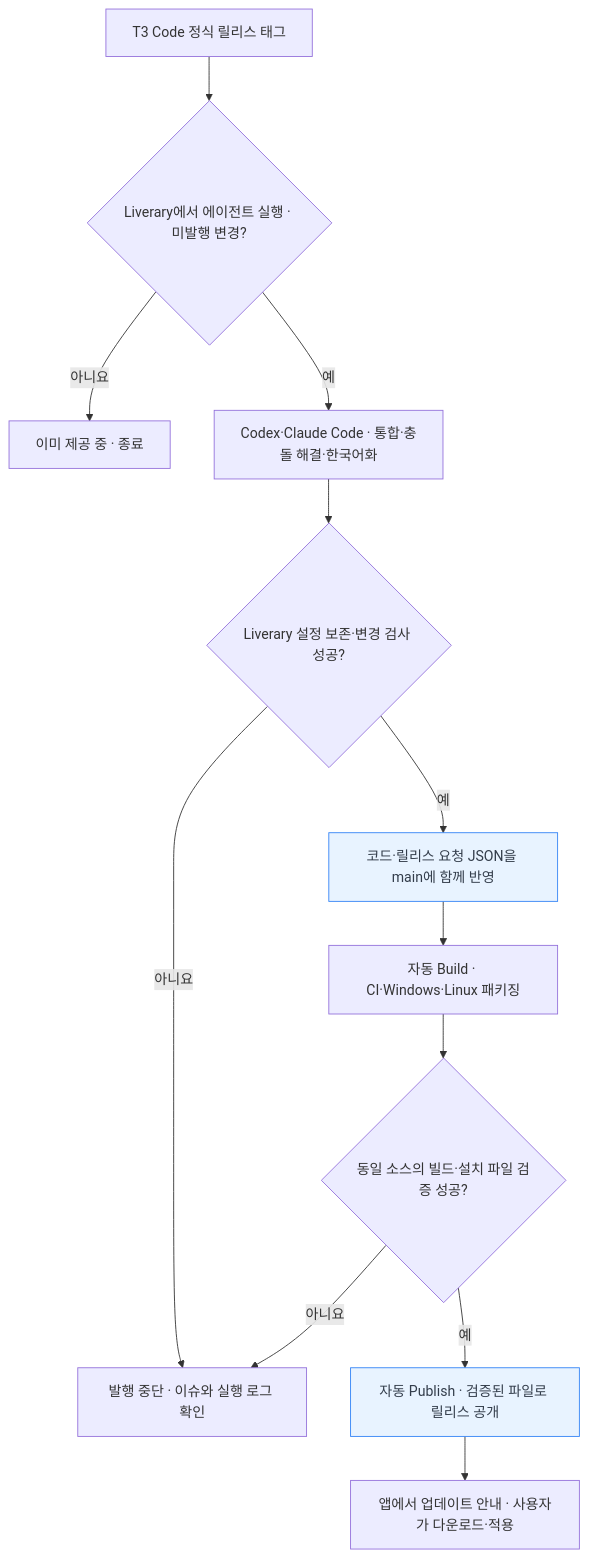
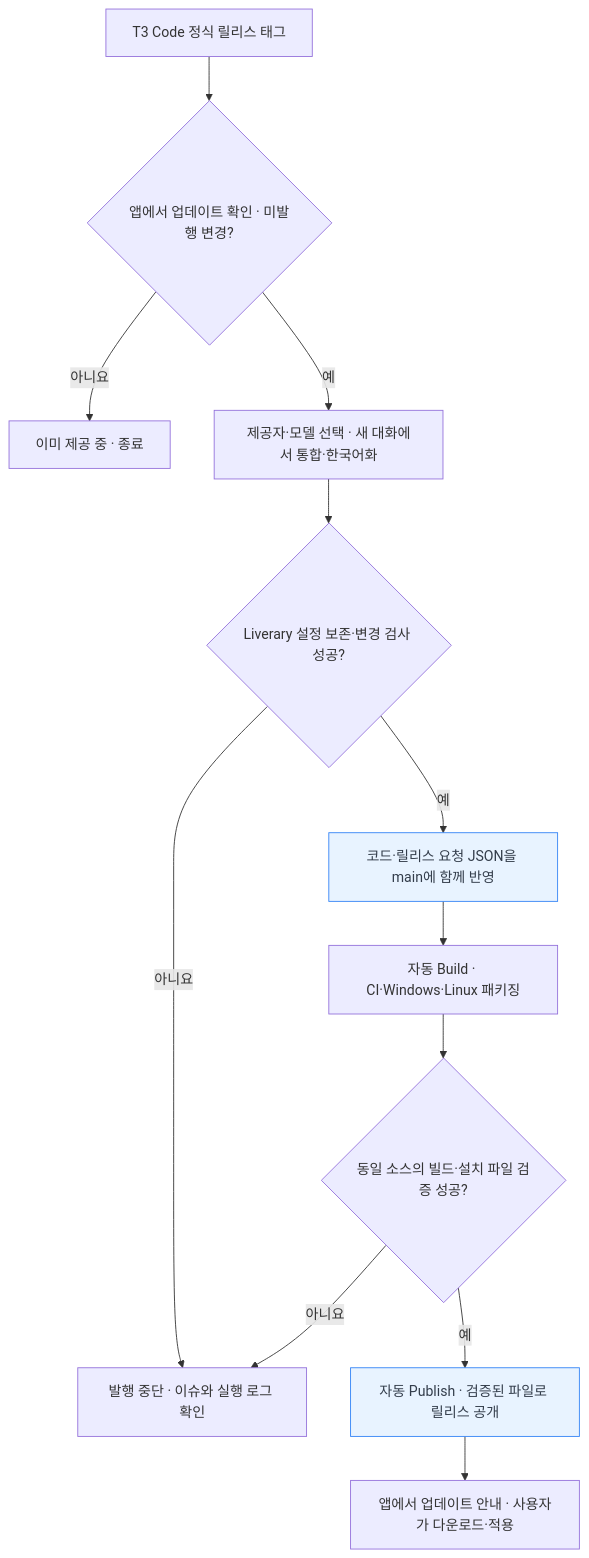
One commit to andongmin94/Liverary changed the third of 3 diagrams in README.md. Above: the diagram before and after it, drawn with Mermaid. The commit also changed other lines of this file and 25 other files, not shown here.

````diff
--- a/README.md
+++ b/README.md
@@ -168,29 +168,29 @@
 ```mermaid
 flowchart TB
     upstreamRelease["T3 Code 정식 릴리스 태그"]
-    upstreamCheck{"Liverary에서 에이전트 실행 · 미발행 변경?"}
+    upstreamCheck{"앱에서 업데이트 확인 · 미발행 변경?"}
     current["이미 제공 중 · 종료"]
-    integrate["Codex·Claude Code · 통합·충돌 해결·한국어화"]
+    integrate["제공자·모델 선택 · 새 대화에서 통합·한국어화"]
     sourceGate{"Liverary 설정 보존·변경 검사 성공?"}
     mainCommit["코드·릴리스 요청 JSON을 main에 함께 반영"]
     build["자동 Build · CI·Windows·Linux 패키징"]
     gate{"동일 소스의 빌드·설치 파일 검증 성공?"}
     blocked["발행 중단 · 이슈와 실행 로그 확인"]
     release["자동 Publish · 검증된 파일로 릴리스 공개"]
     installedApp["앱에서 업데이트 안내 · 사용자가 다운로드·적용"]
 
     upstreamRelease --> upstreamCheck
     upstreamCheck -->|"아니요"| current
     upstreamCheck -->|"예"| integrate
     integrate --> sourceGate
     sourceGate -->|"예"| mainCommit
     sourceGate -->|"아니요"| blocked
     mainCommit --> build
     build --> gate
     gate -->|"예"| release
     gate -->|"아니요"| blocked
     release --> installedApp
 
     classDef app fill:#e8f3ff,stroke:#3182f6,color:#333d4b
     class mainCommit,release app
 ```
````
